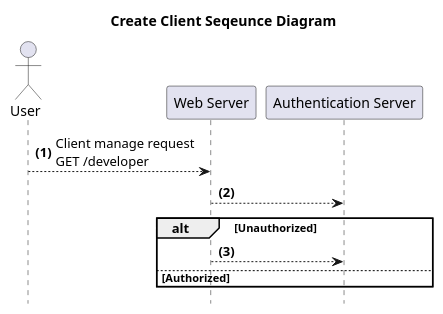
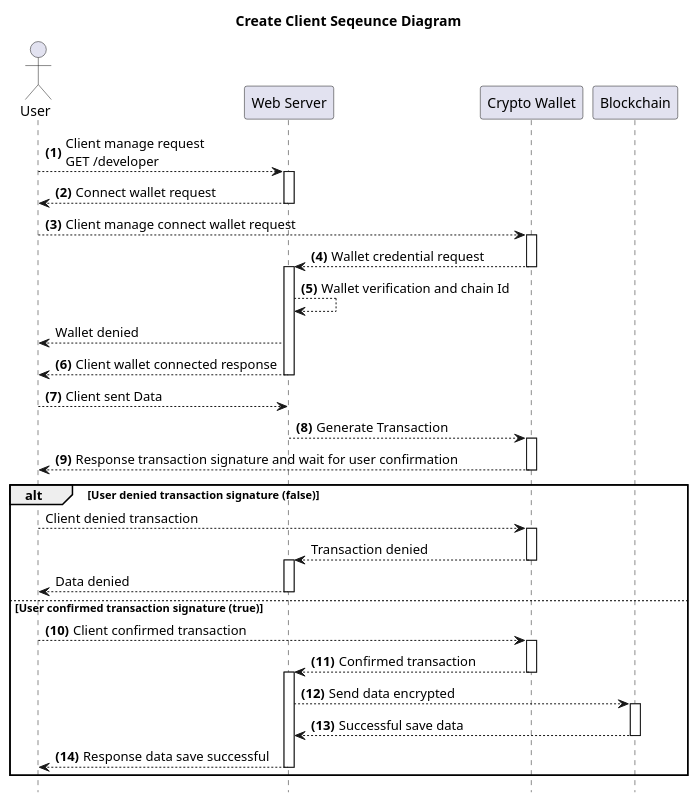
One commit to Kritsanawipankhet/CE64-41 changed the diagram in documents/diagrams/src/authentication-server/createClient.wsd. Above: the diagram before and after it, drawn with PlantUML.

Commit message:
update sequence diagram

```diff
--- a/documents/diagrams/src/authentication-server/createClient.wsd
+++ b/documents/diagrams/src/authentication-server/createClient.wsd
@@ -1,12 +1,32 @@
 @startuml createClient
 title **Create Client** Seqeunce Diagram
 hide footbox
 actor User
 autonumber "<b>(0)"
-"User" --> "Web Server": Client manage request\nGET /developer
-"Web Server" --> "Authentication Server": 
-alt Unauthorized 
-    "Web Server" --> "Authentication Server":
-else Authorized
+"User" --> "Web Server" ++: Client manage request\nGET /developer
+"Web Server" --> "User" --: Connect wallet request
+"User" --> "Crypto Wallet" ++: Client manage connect wallet request
+"Crypto Wallet" --> "Web Server" --++: Wallet credential request
+"Web Server" --> "Web Server" : Wallet verification and chain Id
+autonumber stop
+"Web Server" --> "User" : Wallet denied
+autonumber resume
+"Web Server" --> "User" --: Client wallet connected response
+"User" --> "Web Server" : Client sent Data
+"Web Server" --> "Crypto Wallet" ++: Generate Transaction
+"Crypto Wallet" --> "User" --: Response transaction signature and wait for user confirmation
+alt User denied transaction signature (false)
+    autonumber stop
+    "User" --> "Crypto Wallet" ++: Client denied transaction
+    "Crypto Wallet" --> "Web Server" --++: Transaction denied
+    "Web Server" --> "User" --: Data denied
+else User confirmed transaction signature (true)
+    autonumber resume
+    "User" --> "Crypto Wallet" ++: Client confirmed transaction
+    "Crypto Wallet" --> "Web Server" --++: Confirmed transaction
+    "Web Server" --> "Blockchain" ++: Send data encrypted
+    "Blockchain" --> "Web Server" --: Successful save data
+    "Web Server" --> "User" --: Response data save successful
+
 end
 @enduml
```
